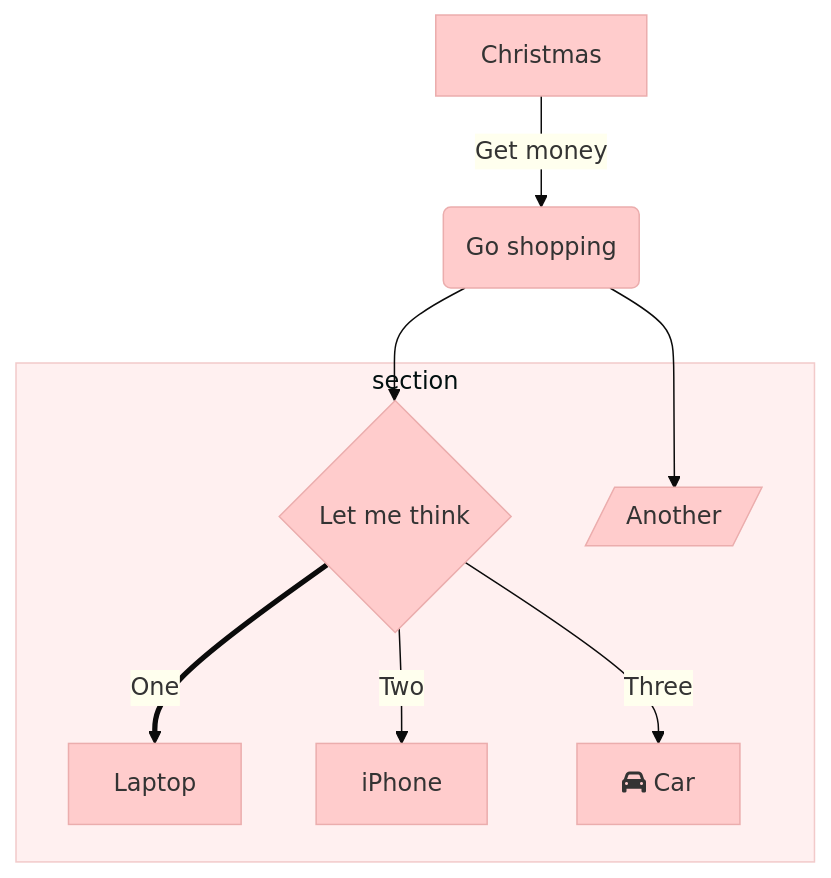
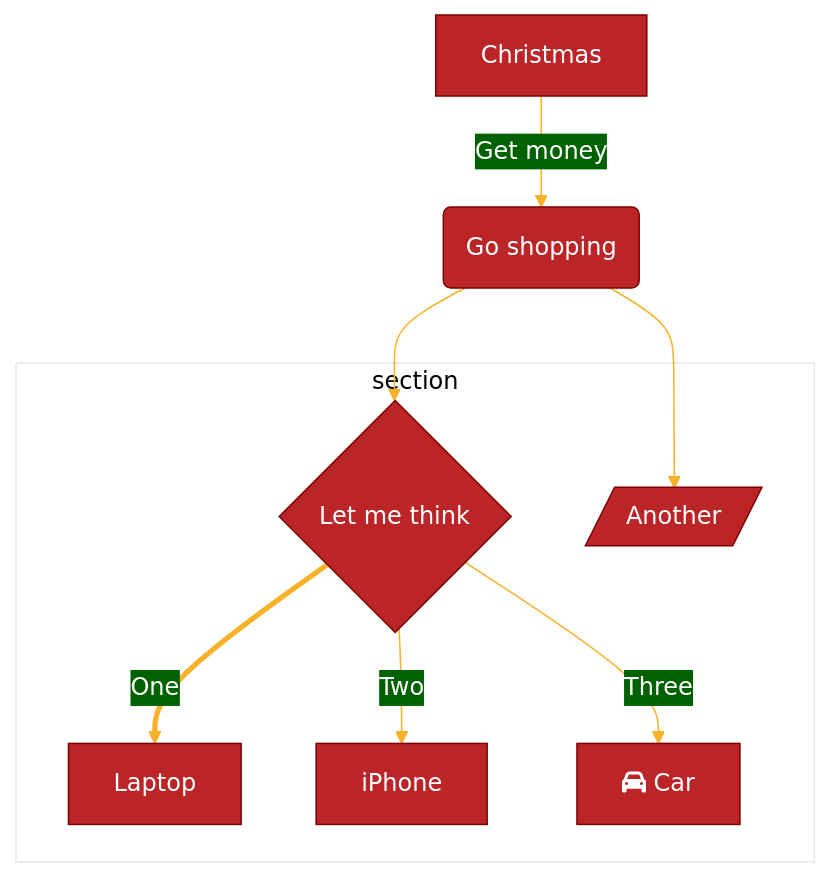
The second of 2 diagrams in docs/config/theming.md (mermaid-js/mermaid), drawn with Mermaid before and after one commit. The commit also changed other lines of this file and 1 other file, not shown here.

````diff
--- a/docs/config/theming.md
+++ b/docs/config/theming.md
@@ -310,17 +100,29 @@
 ```mermaid
-%%{init: {'theme': 'base', 'themeVariables': { 'primaryColor': '#ffcccc', 'edgeLabelBackground':'#ffffee', 'tertiaryColor': '#fff0f0'}}}%%
+%%{
+  init: {
+    'theme': 'base',
+    'themeVariables': {
+      'primaryColor': '#BB2528',
+      'primaryTextColor': '#fff',
+      'primaryBorderColor': '#7C0000',
+      'lineColor': '#F8B229',
+      'secondaryColor': '#006100',
+      'tertiaryColor': '#fff'
+    }
+  }
+}%%
         graph TD
           A[Christmas] -->|Get money| B(Go shopping)
           B --> C{Let me think}
           B --> G[/Another/]
           C ==>|One| D[Laptop]
           C -->|Two| E[iPhone]
           C -->|Three| F[fa:fa-car Car]
           subgraph section
             C
             D
             E
             F
             G
           end
 ```
````
